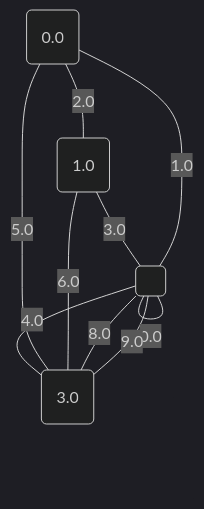
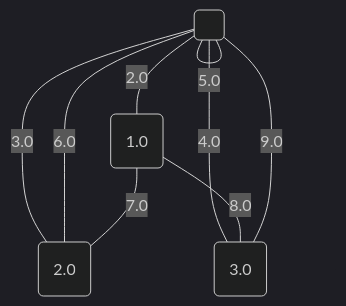
Before and after one commit to metury/graphs: diagram 13 of 17 in project/src/testing/minCutPetersen.md, drawn with Mermaid (dark theme). The commit also changed other lines of this file and 2 other files, not shown here.

````diff
--- a/project/src/testing/minCutPetersen.md
+++ b/project/src/testing/minCutPetersen.md
@@ -335,16 +334,15 @@
 ```mermaid
 graph TD;
-0("0.0");
-1("1.0");
+0("1.0");
+1("2.0");
 2("3.0");
 3(" ");
-	3 -- "0.0" --- 3;
-	3 -- "1.0" --- 0;
-	0 -- "2.0" --- 1;
-	1 -- "3.0" --- 3;
+	3 -- "2.0" --- 0;
+	3 -- "3.0" --- 1;
 	3 -- "4.0" --- 2;
-	0 -- "5.0" --- 2;
-	1 -- "6.0" --- 2;
-	3 -- "8.0" --- 2;
+	3 -- "5.0" --- 3;
+	3 -- "6.0" --- 1;
+	0 -- "7.0" --- 1;
+	0 -- "8.0" --- 2;
 	3 -- "9.0" --- 2;
 ```
````
